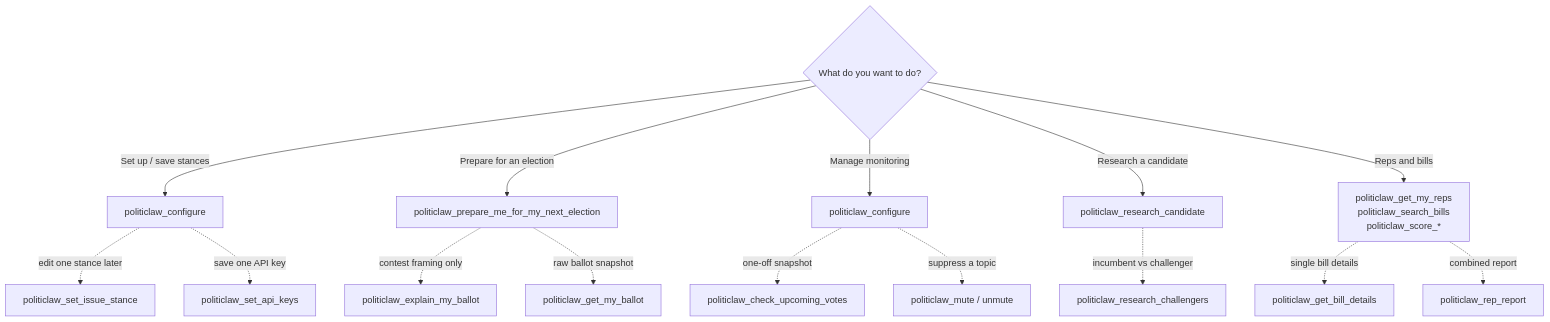
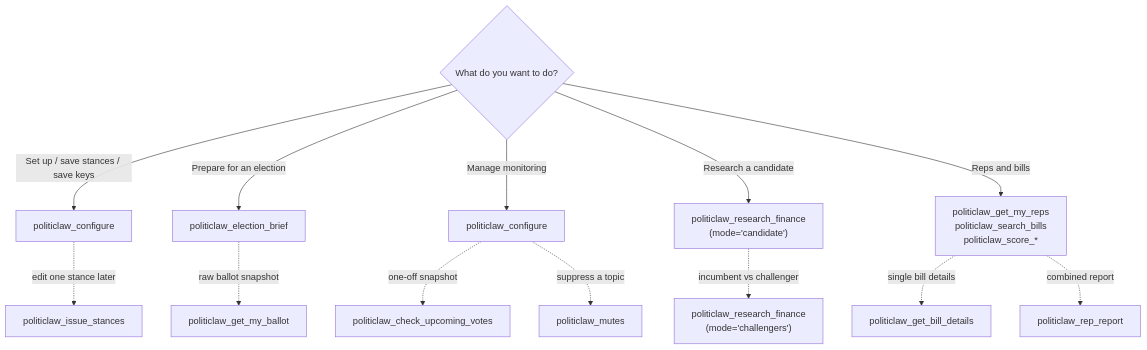
The diagram in apps/docs/guide/entry-points-by-goal.md (PolitiClaw/PolitiClaw), drawn with Mermaid before and after one commit. The commit also changed other lines of this file and 112 other files, not shown here.

````diff
--- a/apps/docs/guide/entry-points-by-goal.md
+++ b/apps/docs/guide/entry-points-by-goal.md
@@ -5,19 +5,17 @@
 ```mermaid
 flowchart TD
   start{"What do you want to do?"}
-  start -->|"Set up / save stances"| configure["politiclaw_configure"]
-  start -->|"Prepare for an election"| prep["politiclaw_prepare_me_for_my_next_election"]
+  start -->|"Set up / save stances / save keys"| configure["politiclaw_configure"]
+  start -->|"Prepare for an election"| prep["politiclaw_election_brief"]
   start -->|"Manage monitoring"| configureMonitor["politiclaw_configure"]
-  start -->|"Research a candidate"| candidate["politiclaw_research_candidate"]
+  start -->|"Research a candidate"| candidate["politiclaw_research_finance<br/>(mode='candidate')"]
   start -->|"Reps and bills"| repsBills["politiclaw_get_my_reps<br/>politiclaw_search_bills<br/>politiclaw_score_*"]
 
-  configure -. "edit one stance later" .-> stance["politiclaw_set_issue_stance"]
-  configure -. "save one API key" .-> setkeys["politiclaw_set_api_keys"]
-  prep -. "contest framing only" .-> explain["politiclaw_explain_my_ballot"]
+  configure -. "edit one stance later" .-> stance["politiclaw_issue_stances"]
   prep -. "raw ballot snapshot" .-> ballot["politiclaw_get_my_ballot"]
   configureMonitor -. "one-off snapshot" .-> upcoming["politiclaw_check_upcoming_votes"]
-  configureMonitor -. "suppress a topic" .-> mute["politiclaw_mute / unmute"]
-  candidate -. "incumbent vs challenger" .-> challenger["politiclaw_research_challengers"]
+  configureMonitor -. "suppress a topic" .-> mute["politiclaw_mutes"]
+  candidate -. "incumbent vs challenger" .-> challenger["politiclaw_research_finance<br/>(mode='challengers')"]
   repsBills -. "single bill details" .-> bill["politiclaw_get_bill_details"]
   repsBills -. "combined report" .-> report["politiclaw_rep_report"]
 ```
````
